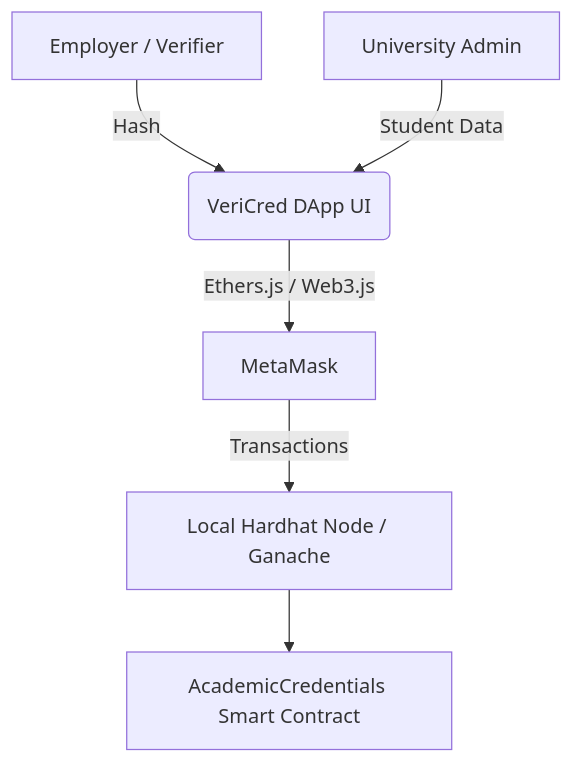
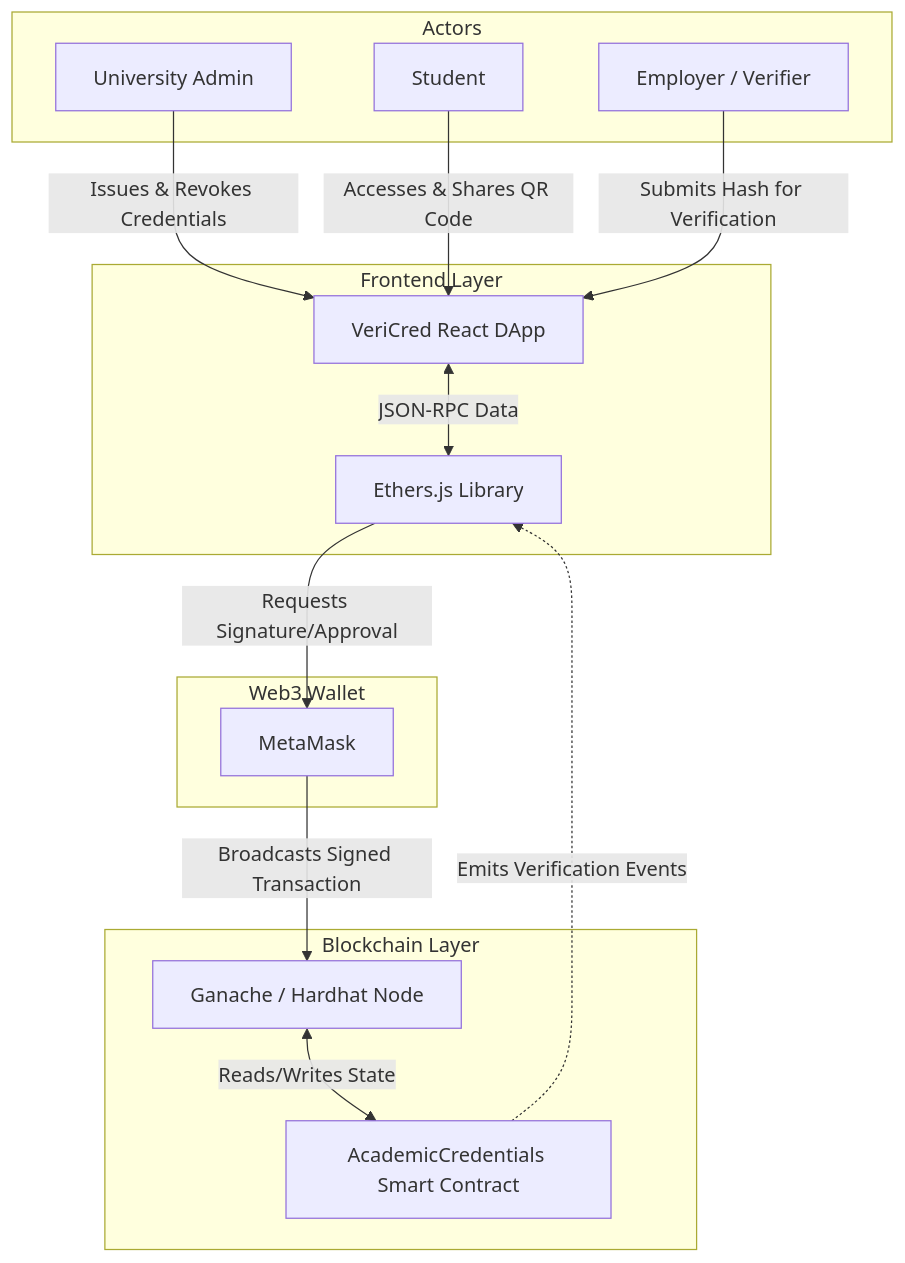
Before and after one commit to harinks/ACADEMIC-CREDENTIALS-DAPP: the diagram in README.md, drawn with Mermaid. The commit also changed other lines of this file, not shown here.

Commit message:
docs: Enhance README with a more detailed system architecture diagram and expanded infrastructure overview.

````diff
--- a/README.md
+++ b/README.md
@@ -20,8 +20,32 @@
 ```mermaid
 graph TD;
-    A[Employer / Verifier] -->|Hash| B(VeriCred DApp UI);
-    C[University Admin] -->|Student Data| B;
-    B -->|Ethers.js / Web3.js| D[MetaMask];
-    D -->|Transactions| E[Local Hardhat Node / Ganache];
-    E --> F[AcademicCredentials Smart Contract];
+    subgraph Actors
+        A[University Admin]
+        B[Student]
+        C[Employer / Verifier]
+    end
+
+    subgraph Frontend Layer
+        UI[VeriCred React DApp]
+        WEB3[Ethers.js Library]
+    end
+
+    subgraph Web3 Wallet
+        MM[MetaMask]
+    end
+
+    subgraph Blockchain Layer
+        NODE[Ganache / Hardhat Node]
+        SC[AcademicCredentials Smart Contract]
+    end
+
+    A -->|Issues & Revokes Credentials| UI
+    B -->|Accesses & Shares QR Code| UI
+    C -->|Submits Hash for Verification| UI
+
+    UI <-->|JSON-RPC Data| WEB3
+    WEB3 -->|Requests Signature/Approval| MM
+    MM -->|Broadcasts Signed Transaction| NODE
+    NODE <-->|Reads/Writes State| SC
+    SC -.->|Emits Verification Events| WEB3
 ```
````
